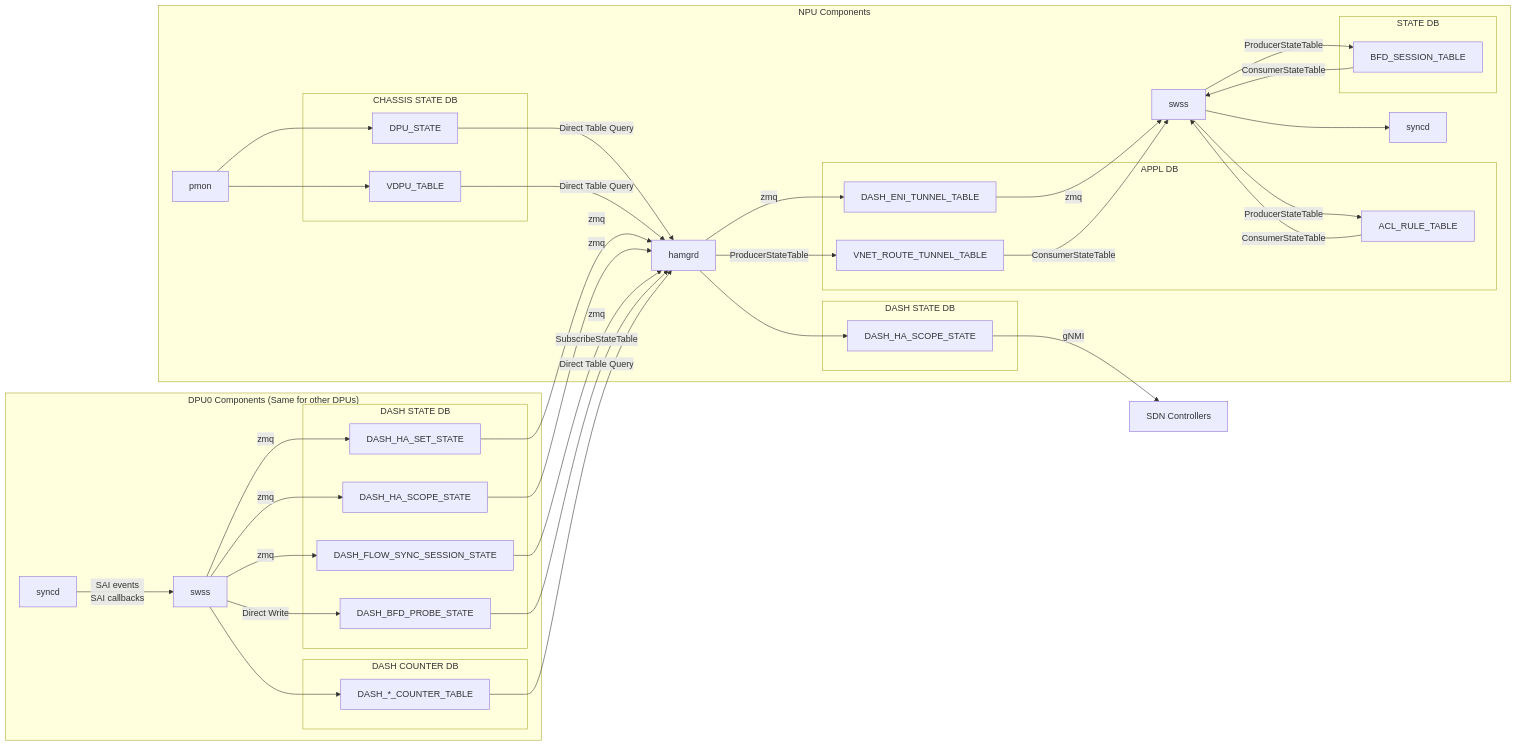
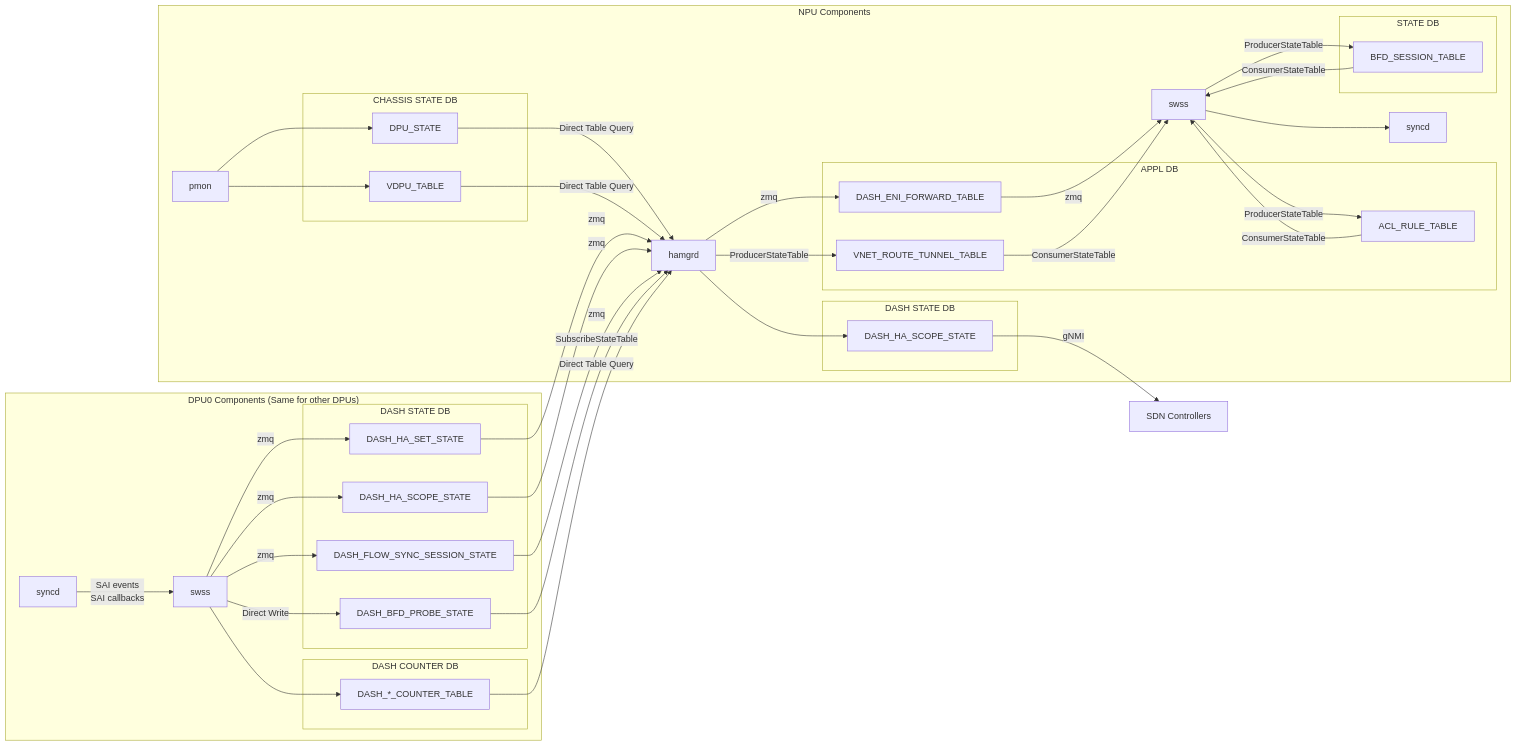
Before and after one commit to sonic-net/SONiC: the second of 2 diagrams in doc/smart-switch/high-availability/smart-switch-ha-detailed-design.md, drawn with Mermaid. The commit also changed other lines of this file and 4 other files, not shown here.

Commit message:
Add OOO problem as well as DASH ENI forward table schema.

```diff
--- a/doc/smart-switch/high-availability/smart-switch-ha-detailed-design.md
+++ b/doc/smart-switch/high-availability/smart-switch-ha-detailed-design.md
@@ -208,7 +210,7 @@
 
       subgraph APPL DB
          NPU_ACL_RULE[ACL_RULE_TABLE]
-         NPU_DASH_ENI_TUNNEL_TABLE[DASH_ENI_TUNNEL_TABLE]
+         NPU_DASH_ENI_FORWARD_TABLE[DASH_ENI_FORWARD_TABLE]
          NPU_VNET_ROUTE_TUNNEL_TABLE[VNET_ROUTE_TUNNEL_TABLE]
       end
 
@@ -253,7 +255,7 @@
    %% NPU tables --> NPU side SWSS:
    NPU_BFD_SESSION_STATE --> |ConsumerStateTable| NPU_SWSS
    NPU_ACL_RULE --> |ConsumerStateTable| NPU_SWSS
-   NPU_DASH_ENI_TUNNEL_TABLE --> |zmq| NPU_SWSS
+   NPU_DASH_ENI_FORWARD_TABLE --> |zmq| NPU_SWSS
    NPU_VNET_ROUTE_TUNNEL_TABLE --> |ConsumerStateTable| NPU_SWSS
 
    %% NPU side SWSS --> NPU tables:
@@ -269,7 +271,7 @@
    DPU_DASH_COUNTERS --> |Direct Table Query| NPU_HAMGRD
 
    %% hamgrd --> NPU tables:
-   NPU_HAMGRD --> |zmq| NPU_DASH_ENI_TUNNEL_TABLE
+   NPU_HAMGRD --> |zmq| NPU_DASH_ENI_FORWARD_TABLE
    NPU_HAMGRD --> |ProducerStateTable| NPU_VNET_ROUTE_TUNNEL_TABLE
    NPU_HAMGRD --> NPU_DASH_HA_SCOPE_STATE
 
```
